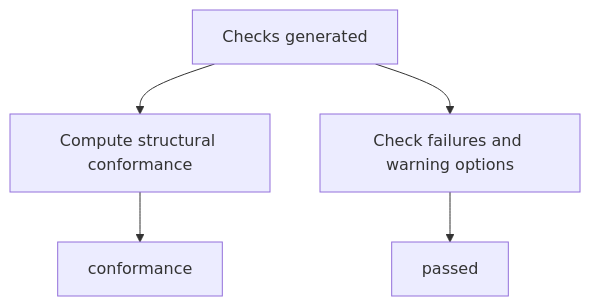
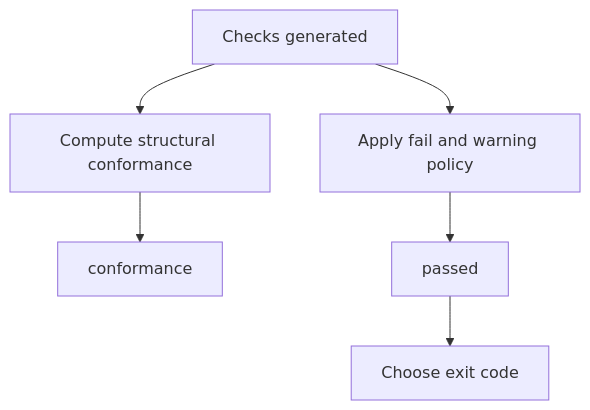
Before and after one commit to jordachmakaya/index-ai-validator: the diagram in docs/guide/conformance-vs-passed.md, drawn with Mermaid. The commit also changed other lines of this file and 16 other files, not shown here.

````diff
--- a/docs/guide/conformance-vs-passed.md
+++ b/docs/guide/conformance-vs-passed.md
@@ -48,7 +55,8 @@
 ```mermaid
 flowchart TD
   A["Checks generated"] --> B["Compute structural conformance"]
-  A --> C["Check failures and warning options"]
+  A --> C["Apply fail and warning policy"]
   B --> D["conformance"]
   C --> E["passed"]
+  E --> F["Choose exit code"]
 ```
````
